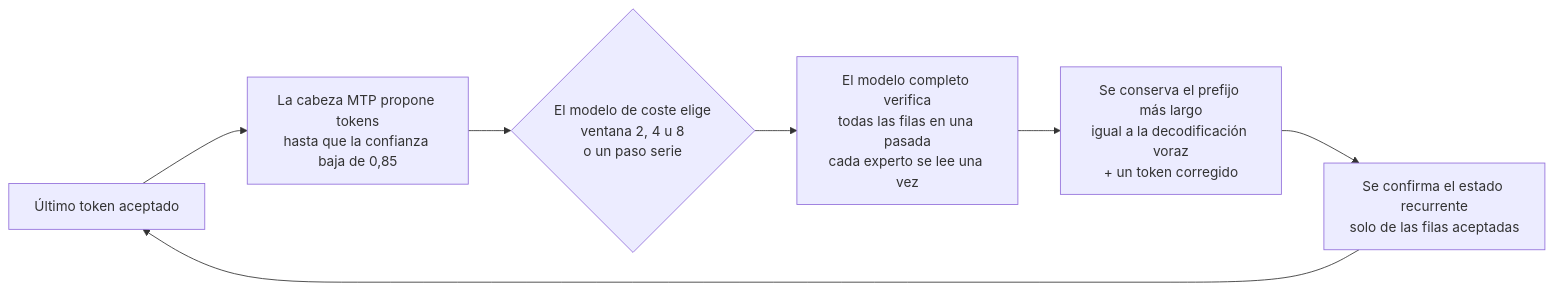
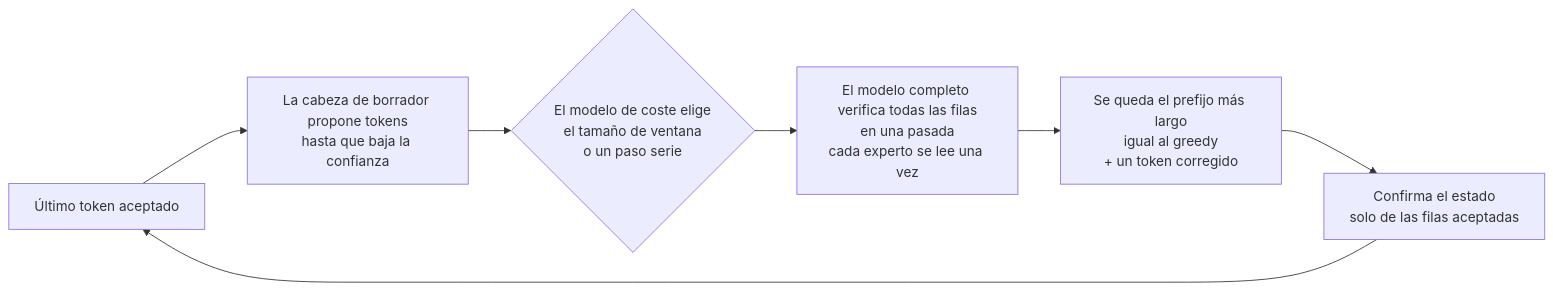
One commit to hyukudan/strix-halo-engine-lab changed the first of 2 diagrams in README.es.md. Above: the diagram before and after it, drawn with Mermaid. The commit also changed other lines of this file and 3 other files, not shown here.

````diff
--- a/README.es.md
+++ b/README.es.md
@@ -247,9 +296,9 @@
 ```mermaid
 flowchart LR
-    A["Último token aceptado"] --> B["La cabeza MTP propone tokens<br/>hasta que la confianza baja de 0,85"]
-    B --> C{"El modelo de coste elige<br/>ventana 2, 4 u 8<br/>o un paso serie"}
-    C --> D["El modelo completo verifica<br/>todas las filas en una pasada<br/>cada experto se lee una vez"]
-    D --> E["Se conserva el prefijo más largo<br/>igual a la decodificación voraz<br/>+ un token corregido"]
-    E --> F["Se confirma el estado recurrente<br/>solo de las filas aceptadas"]
+    A["Último token aceptado"] --> B["La cabeza de borrador propone tokens<br/>hasta que baja la confianza"]
+    B --> C{"El modelo de coste elige<br/>el tamaño de ventana<br/>o un paso serie"}
+    C --> D["El modelo completo verifica todas las filas<br/>en una pasada<br/>cada experto se lee una vez"]
+    D --> E["Se queda el prefijo más largo<br/>igual al greedy<br/>+ un token corregido"]
+    E --> F["Confirma el estado<br/>solo de las filas aceptadas"]
     F --> A
 ```
````
